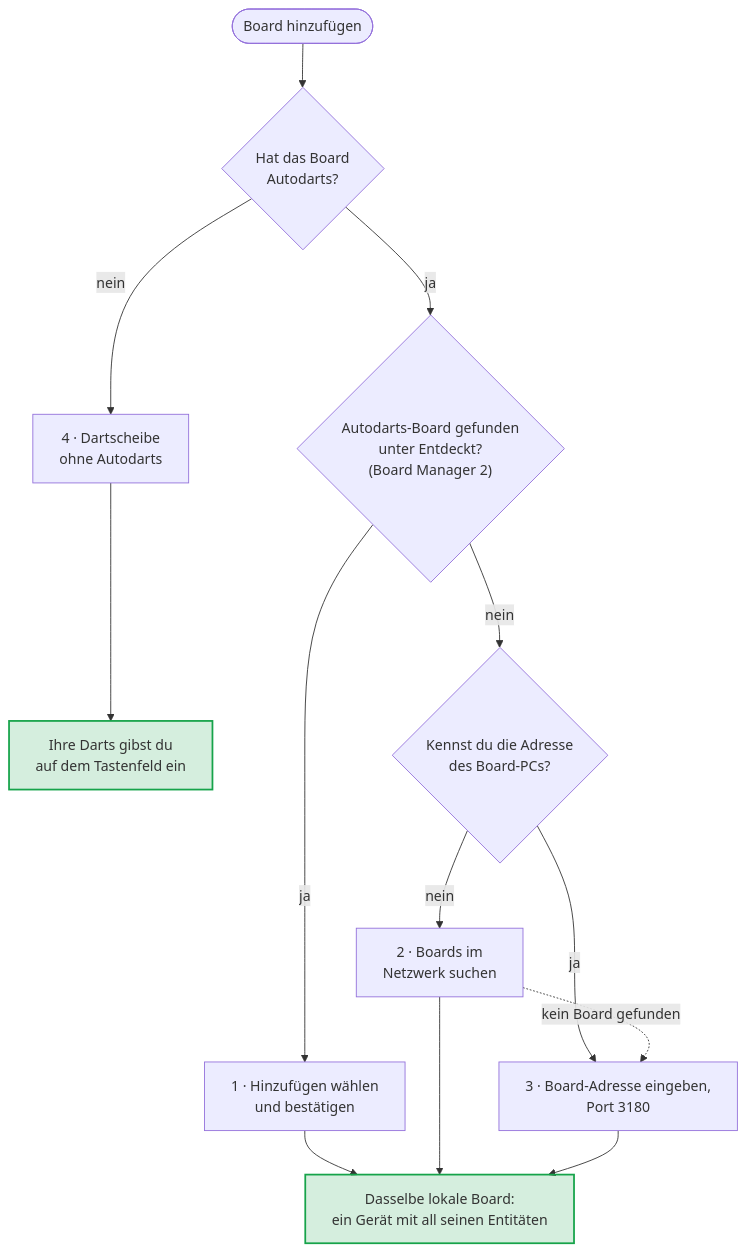
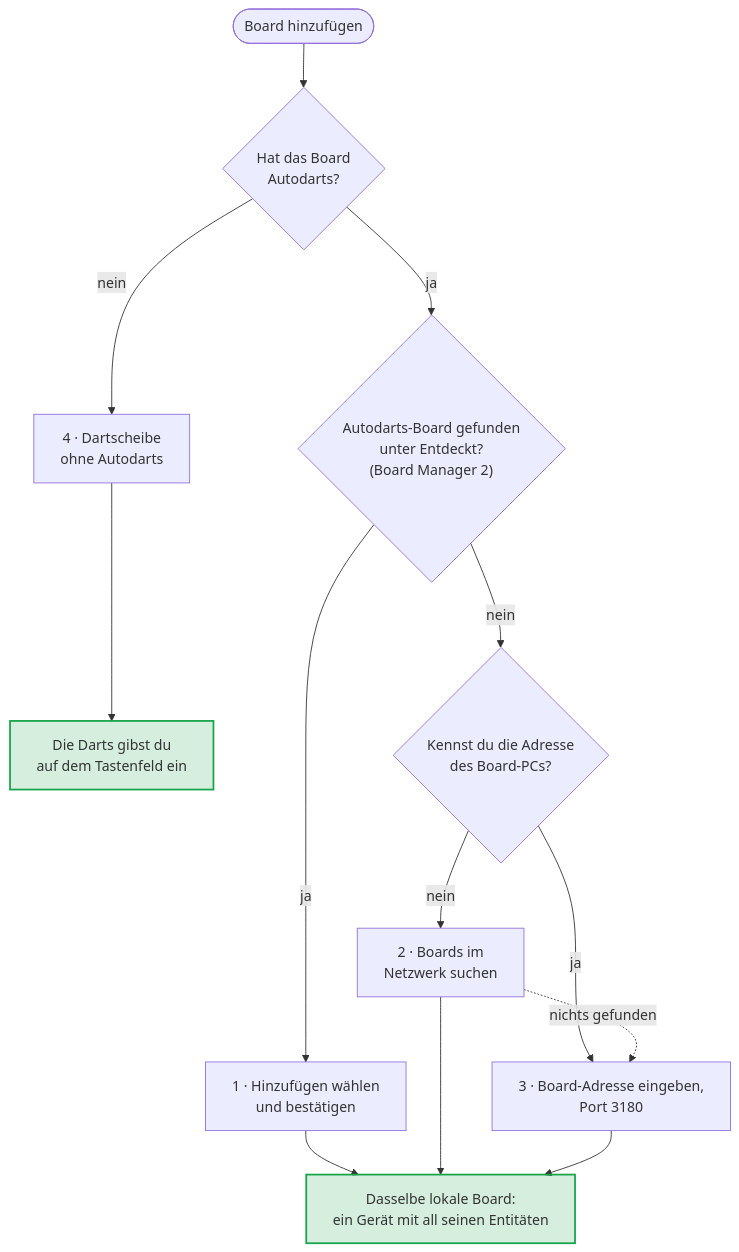
The diagram in docs/diagrams/add-board.de.mmd (Dennis-Otto/ha-autodarts), drawn with Mermaid before and after one commit. The commit also changed 18 other files, not shown here.

First line of the commit message:
docs: correct the caller, connection and add-board diagrams

```diff
--- a/docs/diagrams/add-board.de.mmd
+++ b/docs/diagrams/add-board.de.mmd
@@ -1,22 +1,22 @@
 ---
 config:
   flowchart:
     wrappingWidth: 400
 ---
 flowchart TB
   accTitle: Welcher Weg zum Board passt
   accDescr: Eine Dartscheibe ohne Autodarts bekommt den vierten Weg, Dartscheibe ohne Autodarts, und ihre Darts gibst du auf dem Tastenfeld ein. Ein Autodarts-Board mit Board Manager 2 erscheint meist von selbst als Autodarts-Board gefunden unter Entdeckt: Wähle Hinzufügen und bestätige. Sonst gibst du die Adresse des Board-PCs ein, wenn du sie kennst, oder suchst Boards im Netzwerk; findet die Suche kein Board, öffnet sich das Adressformular. Jeder Weg mit Autodarts endet beim selben lokalen Board, einem Gerät mit all seinen Entitäten.
   START(["Board hinzufügen"]) --> AUTODARTS{"Hat das Board<br/>Autodarts?"}
   AUTODARTS -- "nein" --> MANUAL["4 · Dartscheibe<br/>ohne Autodarts"]
-  MANUAL --> KEYPAD["Ihre Darts gibst du<br/>auf dem Tastenfeld ein"]
+  MANUAL --> KEYPAD["Die Darts gibst du<br/>auf dem Tastenfeld ein"]
   AUTODARTS -- "ja" --> FOUND{"Autodarts-Board gefunden<br/>unter Entdeckt?<br/>(Board Manager 2)"}
   FOUND -- "ja" --> DISCOVERED["1 · Hinzufügen wählen<br/>und bestätigen"]
   FOUND -- "nein" --> KNOWN{"Kennst du die Adresse<br/>des Board-PCs?"}
   KNOWN -- "nein" --> SEARCH["2 · Boards im<br/>Netzwerk suchen"]
   KNOWN -- "ja" --> ADDRESS["3 · Board-Adresse eingeben,<br/>Port 3180"]
-  SEARCH -. "kein Board gefunden" .-> ADDRESS
+  SEARCH -. "nichts gefunden" .-> ADDRESS
   DISCOVERED --> BOARD["Dasselbe lokale Board:<br/>ein Gerät mit all seinen Entitäten"]
   SEARCH --> BOARD
   ADDRESS --> BOARD
   classDef done fill:#16a34a2e,stroke:#16a34a,stroke-width:2px
   class BOARD,KEYPAD done
```
